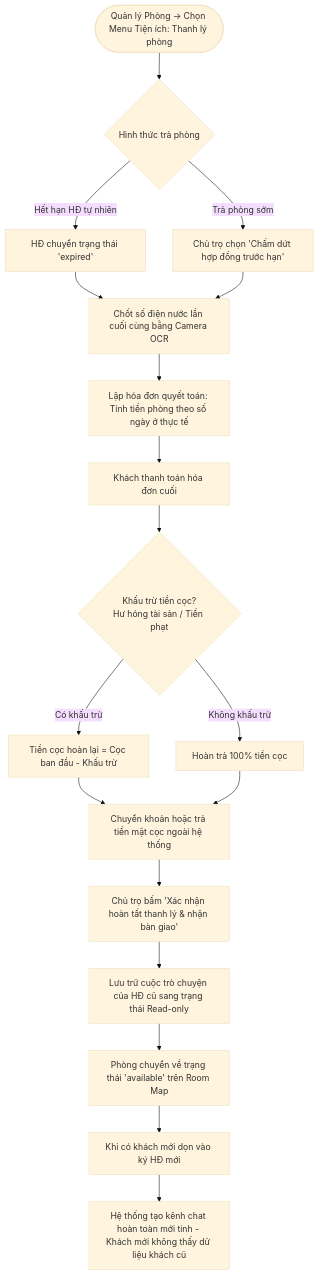
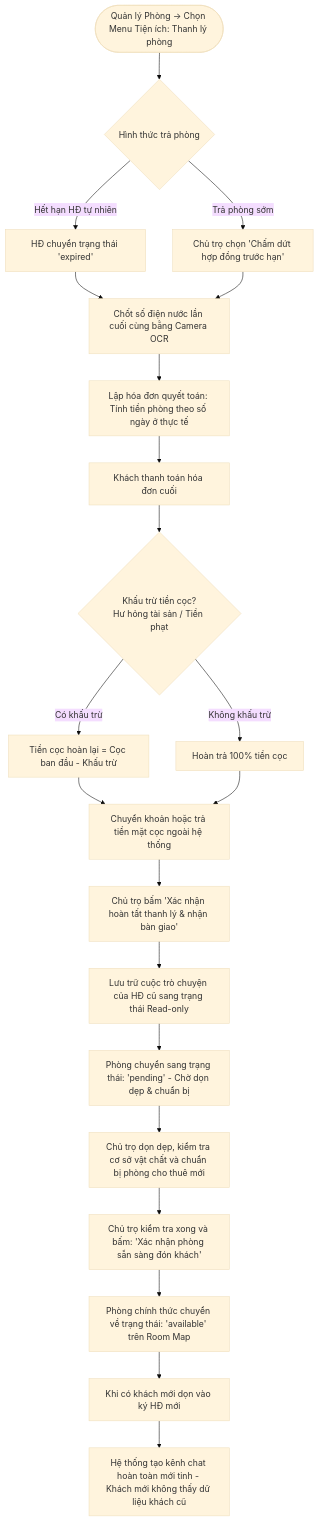
Before and after one commit to pbl6-home-renter/docs: the ninth of 9 diagrams in phase-1/discovery/user_flow/landlord_user_flow.md, drawn with Mermaid (base theme). The commit also changed other lines of this file and 3 other files, not shown here.

````diff
--- a/phase-1/discovery/user_flow/landlord_user_flow.md
+++ b/phase-1/discovery/user_flow/landlord_user_flow.md
@@ -246,29 +277,32 @@
 ```mermaid
 flowchart TD
     StartCheckout([Quản lý Phòng -> Chọn Menu Tiện ích: Thanh lý phòng]) --> CheckTermReason{Hình thức trả phòng}
     
     CheckTermReason -->|Hết hạn HĐ tự nhiên| EndDateReach[HĐ chuyển trạng thái 'expired']
     CheckTermReason -->|Trả phòng sớm| EarlyTerm[Chủ trọ chọn 'Chấm dứt hợp đồng trước hạn']
     
     EndDateReach --> FinalMeter[Chốt số điện nước lần cuối cùng bằng Camera OCR]
     EarlyTerm --> FinalMeter
     
     FinalMeter --> FinalInvoice[Lập hóa đơn quyết toán: Tính tiền phòng theo số ngày ở thực tế]
     FinalInvoice --> PayFinalInvoice[Khách thanh toán hóa đơn cuối]
     
     PayFinalInvoice --> InspectDeposit{Khấu trừ tiền cọc?<br>Hư hỏng tài sản / Tiền phạt}
     InspectDeposit -->|Có khấu trừ| CalcDeduct[Tiền cọc hoàn lại = Cọc ban đầu - Khấu trừ]
     InspectDeposit -->|Không khấu trừ| FullDeposit[Hoàn trả 100% tiền cọc]
     
     CalcDeduct --> SettleDepositCash[Chuyển khoản hoặc trả tiền mặt cọc ngoài hệ thống]
     FullDeposit --> SettleDepositCash
     
     SettleDepositCash --> ConfirmRelease[Chủ trọ bấm 'Xác nhận hoàn tất thanh lý & nhận bàn giao']
     
-    %% Archive Chat & Mở phòng mới
+    %% Archive Chat & Trạng thái Pending dọn dẹp phòng
     ConfirmRelease --> ArchiveOldChat[Lưu trữ cuộc trò chuyện của HĐ cũ sang trạng thái Read-only]
-    ArchiveOldChat --> ResetRoomAvail[Phòng chuyển về trạng thái 'available' trên Room Map]
+    ArchiveOldChat --> SetRoomPending[Phòng chuyển sang trạng thái: 'pending' - Chờ dọn dẹp & chuẩn bị]
+    SetRoomPending --> CleanAndPrep[Chủ trọ dọn dẹp, kiểm tra cơ sở vật chất và chuẩn bị phòng cho thuê mới]
+    CleanAndPrep --> ConfirmReady[Chủ trọ kiểm tra xong và bấm: 'Xác nhận phòng sẵn sàng đón khách']
+    ConfirmReady --> ResetRoomAvail[Phòng chính thức chuyển về trạng thái: 'available' trên Room Map]
     
     ResetRoomAvail --> NewTenantCheckin[Khi có khách mới dọn vào ký HĐ mới]
     NewTenantCheckin --> InitNewChat[Hệ thống tạo kênh chat hoàn toàn mới tinh - Khách mới không thấy dữ liệu khách cũ]
 ```
````
